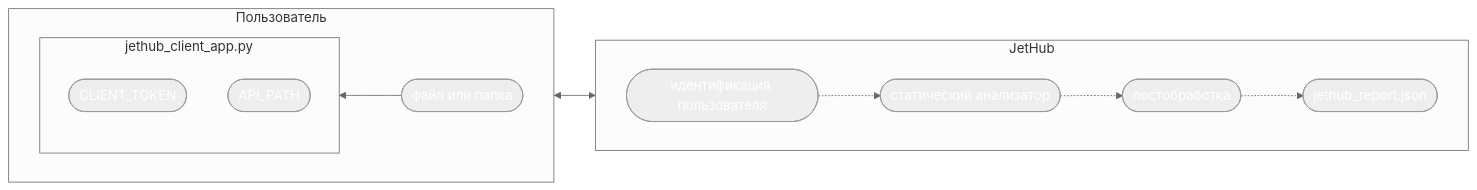
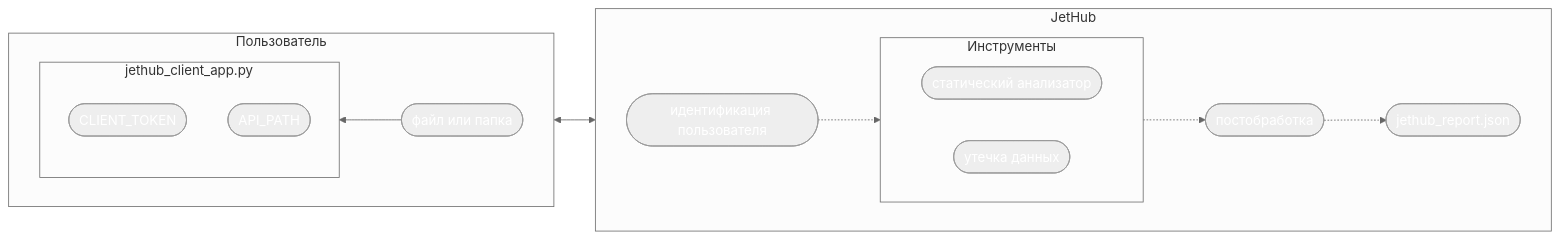
The diagram in docs/index.md (jethub-tech/docs.jethub.pro), drawn with Mermaid (neutral theme) before and after one commit. The commit also changed other lines of this file and 4 other files, not shown here.

````diff
--- a/docs/index.md
+++ b/docs/index.md
@@ -9,48 +9,58 @@
-``` mermaid
+```mermaid
 %%{init: {"flowchart": {"htmlLabels": false}} }%%
 flowchart LR
     subgraph CLIENT [Пользователь]
         style CLIENT color:#fff
         direction RL
 
         subgraph JETHUB_client_app[jethub_client_app.py]
             style JETHUB_client_app color:#fff
 
             client_token([CLIENT_TOKEN])
             style client_token color:#fff
 
             JETHUB_api([API_PATH])
             style JETHUB_api color:#fff
         end
 
         path([файл или папка])
         style path color:#fff
 
         path --> JETHUB_client_app
 
     end
 
     subgraph JETHUB [JetHub]
         style JETHUB color:#fff
         direction LR
 
         identification([идентификация пользователя])
         style identification color:#fff
 
-        analizator([статический анализатор])
-        style analizator color:#fff
+        subgraph JETHUB_tools[Инструменты]
+            style JETHUB_tools color:#fff
+            direction LR
+
+            analizator([статический анализатор])
+            style analizator color:#fff
+
+            data_leaks([утечка данных])
+            style data_leaks color:#fff
+
+        end
 
         post_processing([постобработка])
         style post_processing color:#fff
 
         report([jethub_report.json])
         style report color:#fff
 
-        identification -.-> analizator
-        analizator -.-> post_processing
+        identification -.-> JETHUB_tools
+
+        JETHUB_tools -.-> post_processing
         post_processing -.-> report
 
     end
 
     CLIENT <--> JETHUB
 ```
````
